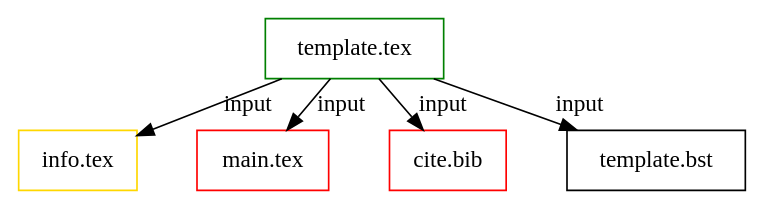
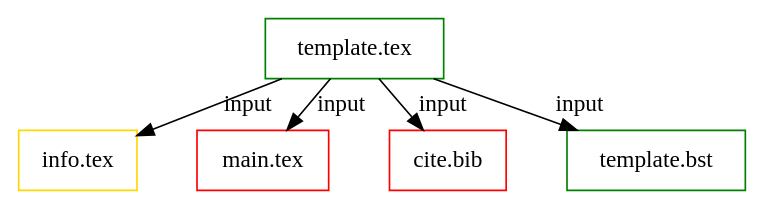
One commit to bwtian/texTemplate changed the diagram in texTemplate.org. Above: the diagram before and after it, drawn with Graphviz. The commit also changed other lines of this file and 1 other file, not shown here.

Commit message:
- ‘.#texTemplate.org’ / ‘texTemplate.org’

```diff
--- a/texTemplate.org
+++ b/texTemplate.org
@@ -4,20 +4,20 @@
 #+BEGIN_SRC dot :file ./texTemplate.svg 
 digraph { 
 fontname="Times"; 
 fontsize = 12; 
 splines = false; 
 ranksep = 0.2; 
 nodesep = 0.5; 
 node [shape = box] 
 //1. set node 
 temp [label = "template.tex", color = green]
 info [label = "info.tex", color = gold]
 main [label = "main.tex", color = red]
 bib [label = "cite.bib", color = red]
-bst [label = "template.bst"]
+bst [label = "template.bst", color = green]
 //2. set path 
 temp -> {info,main, bib, bst} [label = input]
 //3. set rank 
 
 }
 #+END_SRC
```
